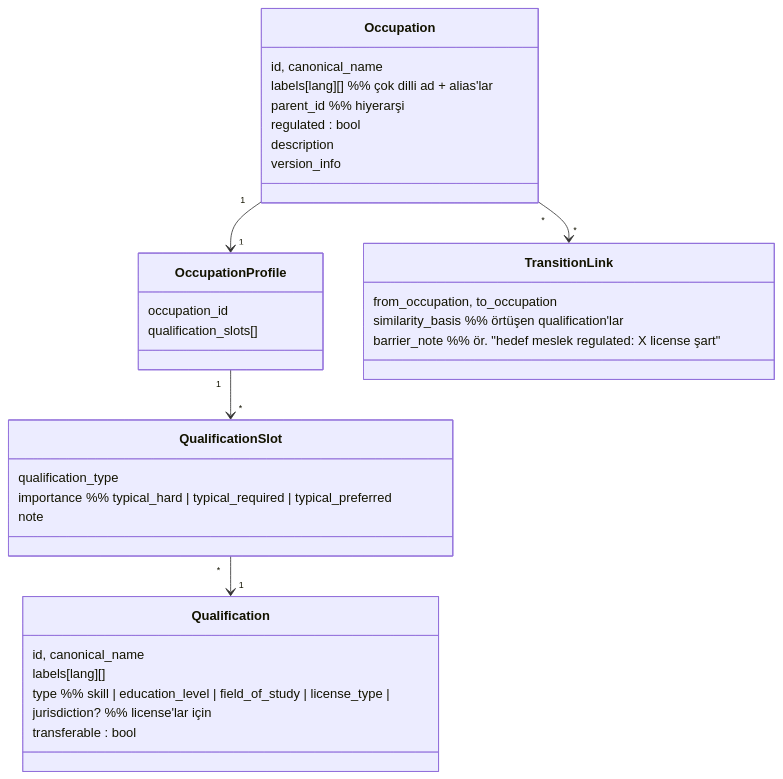
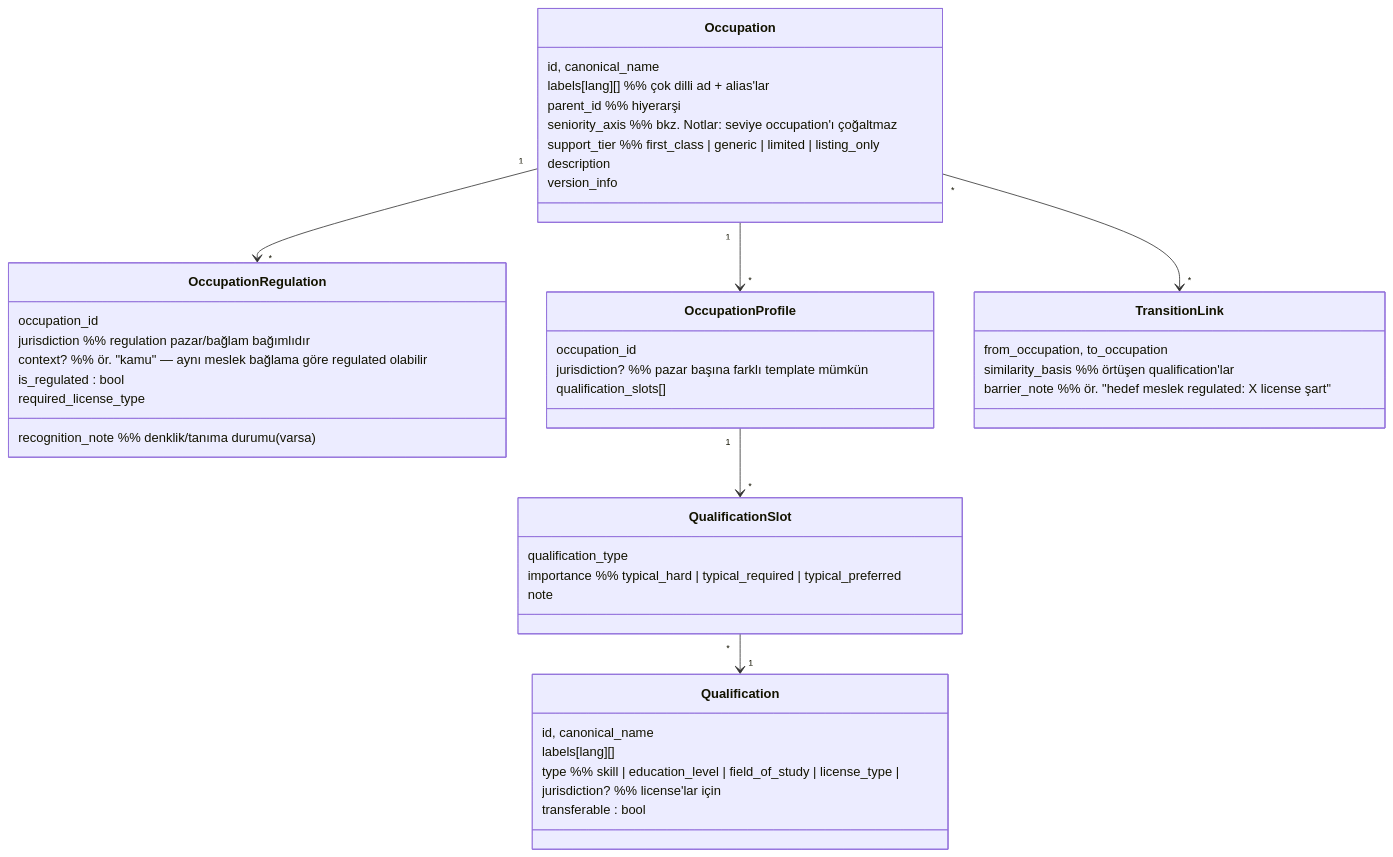
The diagram in docs/architecture/OCCUPATION_TAXONOMY.md (erenulutas0/joblyfit), drawn with Mermaid before and after one commit. The commit also changed other lines of this file and 33 other files, not shown here.

````diff
--- a/docs/architecture/OCCUPATION_TAXONOMY.md
+++ b/docs/architecture/OCCUPATION_TAXONOMY.md
@@ -36,38 +74,49 @@
 ```mermaid
 classDiagram
     class Occupation {
       id, canonical_name
       labels[lang][]        %% çok dilli ad + alias'lar
       parent_id             %% hiyerarşi
-      regulated : bool
+      seniority_axis        %% bkz. Notlar: seviye occupation'ı çoğaltmaz
+      support_tier          %% first_class | generic | limited | listing_only
       description
       version_info
     }
+    class OccupationRegulation {
+      occupation_id
+      jurisdiction          %% regulation pazar/bağlam bağımlıdır
+      context?              %% ör. "kamu" — aynı meslek bağlama göre regulated olabilir
+      is_regulated : bool
+      required_license_type
+      recognition_note      %% denklik/tanıma durumu (varsa)
+    }
     class OccupationProfile {
       occupation_id
+      jurisdiction?         %% pazar başına farklı template mümkün
       qualification_slots[]
     }
     class QualificationSlot {
       qualification_type
       importance            %% typical_hard | typical_required | typical_preferred
       note
     }
     class Qualification {
       id, canonical_name
       labels[lang][]
       type                  %% skill | education_level | field_of_study | license_type |
                             %% certification | language | portfolio_type | equipment | other
       jurisdiction?         %% license'lar için
       transferable : bool
     }
     class TransitionLink {
       from_occupation, to_occupation
       similarity_basis      %% örtüşen qualification'lar
       barrier_note          %% ör. "hedef meslek regulated: X license şart"
     }
 
-    Occupation "1" --> "1" OccupationProfile
+    Occupation "1" --> "*" OccupationRegulation
+    Occupation "1" --> "*" OccupationProfile
     OccupationProfile "1" --> "*" QualificationSlot
     QualificationSlot "*" --> "1" Qualification
     Occupation "*" --> "*" TransitionLink
 ```
````
